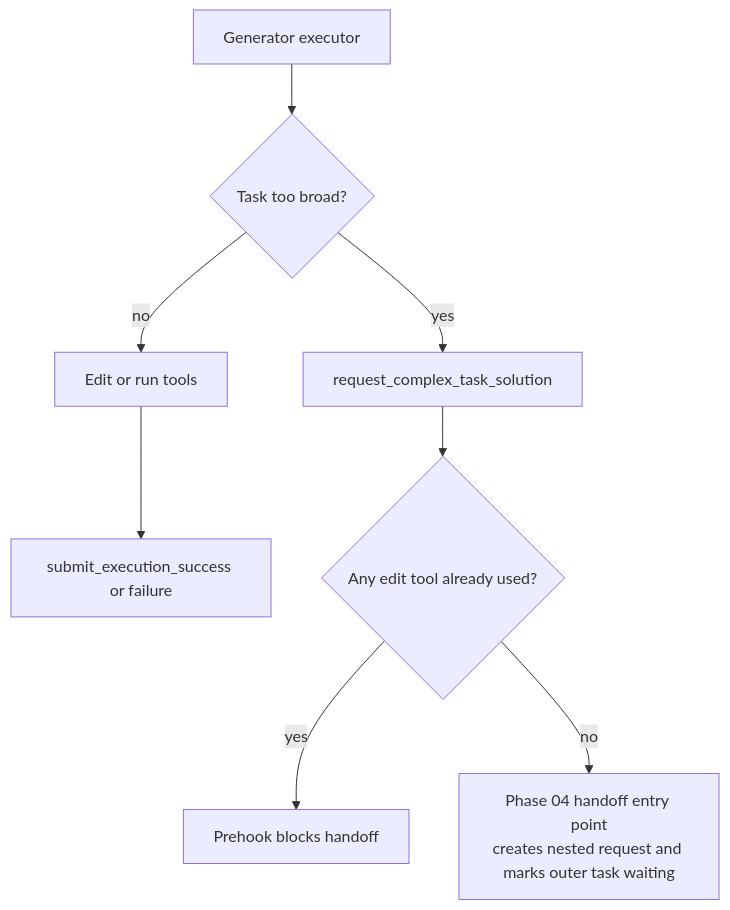
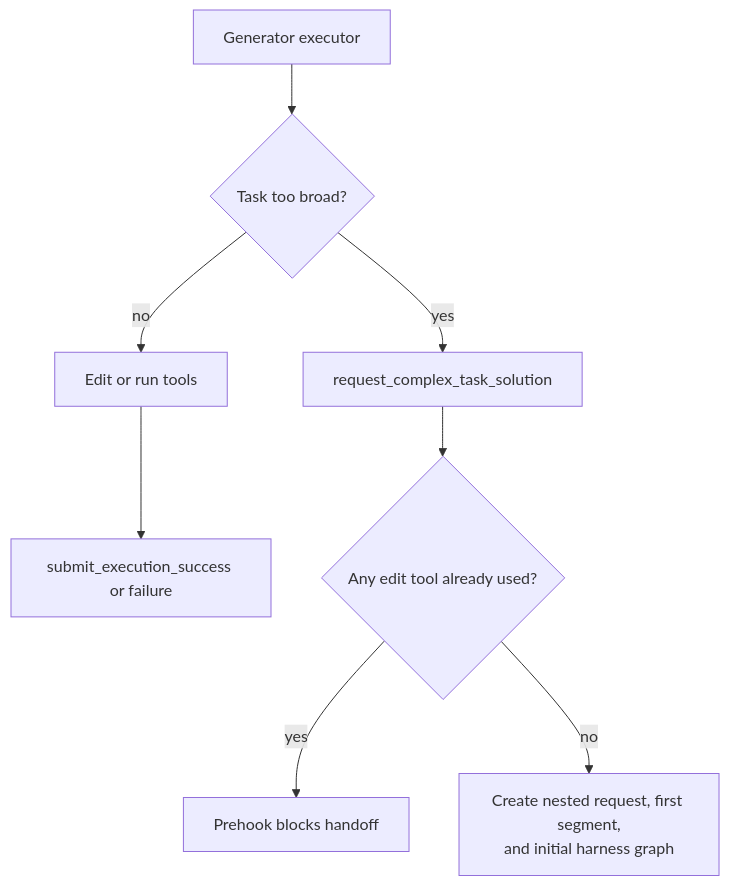
One commit to Ephemeral-AI-Lab/ephemeral-os changed the third of 5 diagrams in docs/architecture/task-center-harness-migration/phase-03-implementation-plan.md. Above: the diagram before and after it, drawn with Mermaid. The commit also changed other lines of this file and 66 other files, not shown here.

````diff
--- a/docs/architecture/task-center-harness-migration/phase-03-implementation-plan.md
+++ b/docs/architecture/task-center-harness-migration/phase-03-implementation-plan.md
@@ -160,10 +157,10 @@
 ```mermaid
 flowchart TD
     Executor["Generator executor"] --> Choice{"Task too broad?"}
     Choice -->|"no"| Normal["Edit or run tools"]
     Normal --> Terminal["submit_execution_success or failure"]
     Choice -->|"yes"| Handoff["request_complex_task_solution"]
     Handoff --> Edited{"Any edit tool already used?"}
     Edited -->|"yes"| Block["Prehook blocks handoff"]
-    Edited -->|"no"| Phase04["Phase 04 handoff entry point<br/>creates nested request and marks outer task waiting"]
+    Edited -->|"no"| HandoffRuntime["Create nested request, first segment,<br/>and initial harness graph"]
 ```
````
